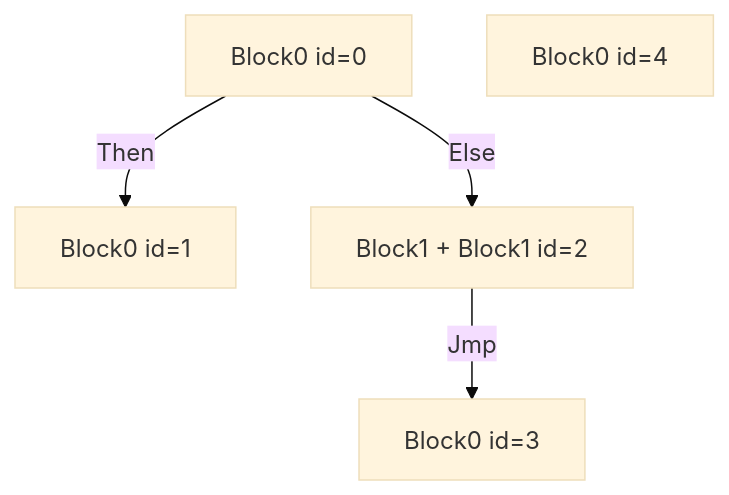
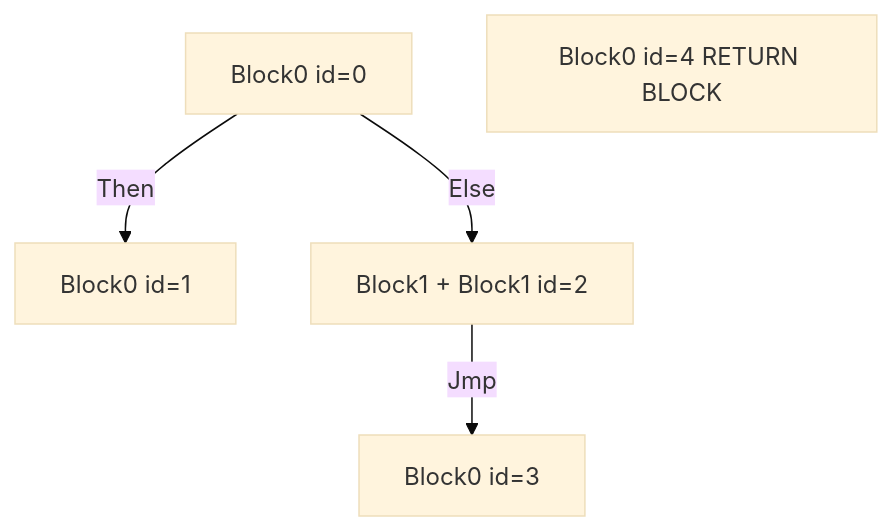
The eighth of 9 diagrams in README.md (defkit/branching_overview), drawn with Mermaid (base theme) before and after one commit. The commit also changed other lines of this file, not shown here.

````diff
--- a/README.md
+++ b/README.md
@@ -90,7 +90,7 @@
 ```mermaid
 graph TD;
     b0[Block0 id=0]-->|Then| b1[Block0 id=1]
     b0[Block0 id=0]-->|Else| b2[Block1 + Block1 id=2]
     b2-->|Jmp| b3[Block0 id=3]
-    b4[Block0 id=4]
+    b4[Block0 id=4 RETURN BLOCK]
 ```
````
